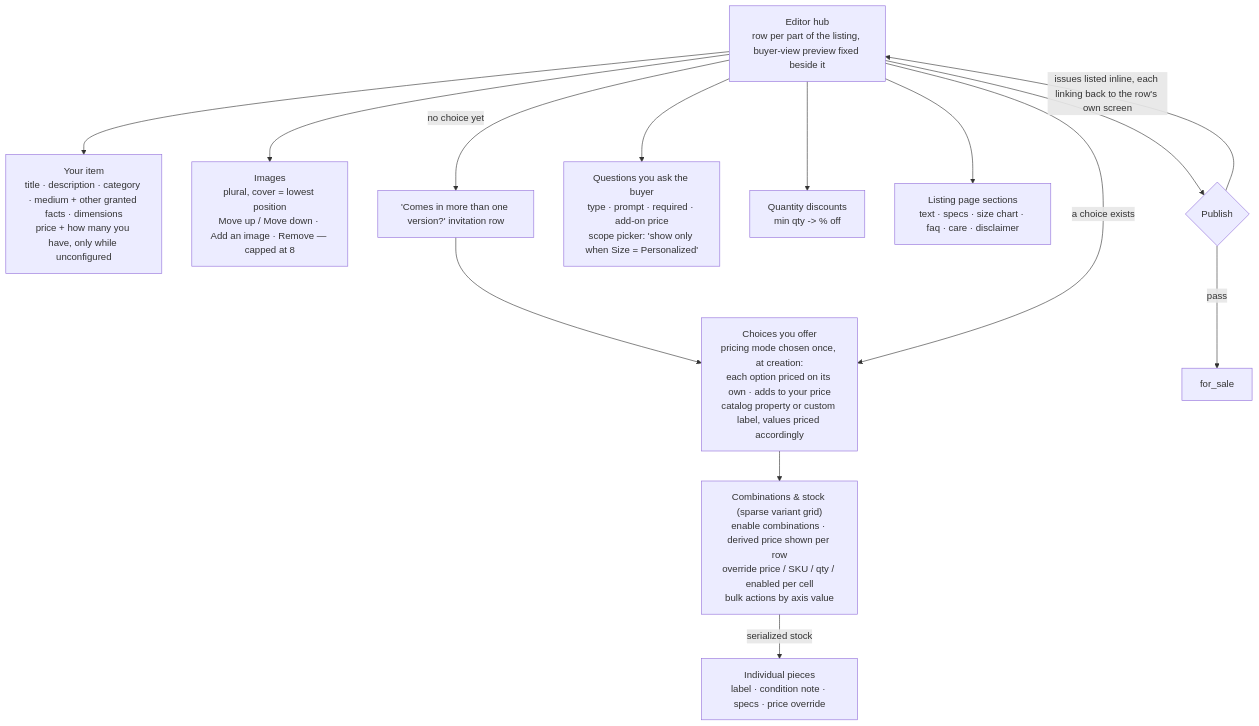
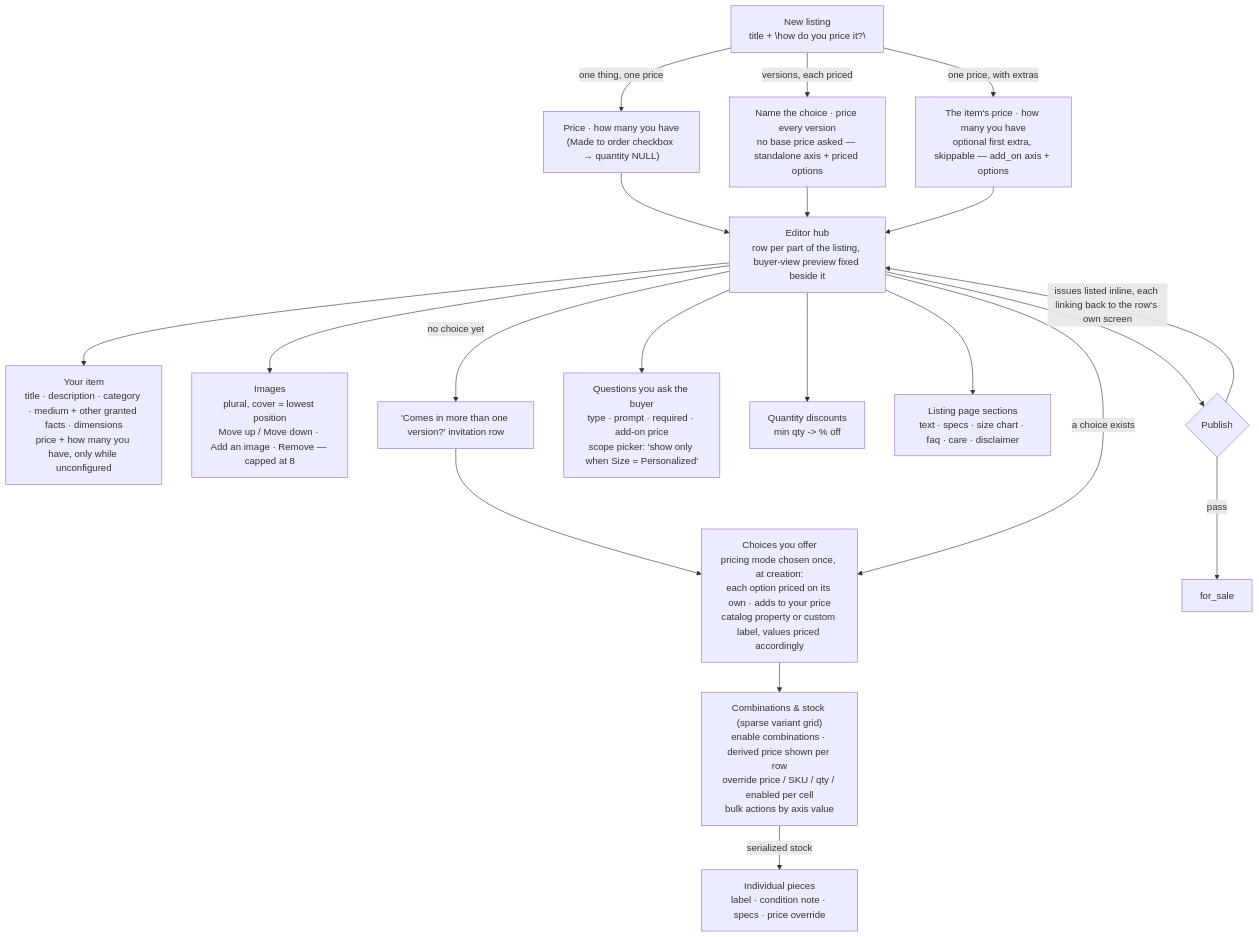
One commit to jonathan-beebe/art-store changed the fifth of 6 diagrams in prototype/php/docs/item-configurator.md. Above: the diagram before and after it, drawn with Mermaid. The commit also changed other lines of this file and 43 other files, not shown here.

````diff
--- a/prototype/php/docs/item-configurator.md
+++ b/prototype/php/docs/item-configurator.md
@@ -413,17 +430,24 @@
 ```mermaid
 flowchart TD
+    Create["New listing\ntitle + \"how do you price it?\""]
+    Create -- "one thing, one price" --> LandOne["Price · how many you have\n(Made to order checkbox → quantity NULL)"]
+    Create -- "versions, each priced" --> LandVersions["Name the choice · price every version\nno base price asked — standalone axis + priced options"]
+    Create -- "one price, with extras" --> LandExtras["The item's price · how many you have\noptional first extra, skippable — add_on axis + options"]
+    LandOne --> Hub
+    LandVersions --> Hub
+    LandExtras --> Hub
     Hub["Editor hub\nrow per part of the listing, buyer-view preview fixed beside it"]
     Hub --> Basics["Your item\ntitle · description · category · medium + other granted facts · dimensions\nprice + how many you have, only while unconfigured"]
     Hub --> Images["Images\nplural, cover = lowest position\nMove up / Move down · Add an image · Remove — capped at 8"]
     Hub -- "no choice yet" --> Invite["'Comes in more than one version?' invitation row"]
     Invite --> Choices
     Hub -- "a choice exists" --> Choices["Choices you offer\npricing mode chosen once, at creation:\neach option priced on its own · adds to your price\ncatalog property or custom label, values priced accordingly"]
     Choices --> Variants["Combinations & stock (sparse variant grid)\nenable combinations · derived price shown per row\noverride price / SKU / qty / enabled per cell\nbulk actions by axis value"]
     Variants -- "serialized stock" --> Units["Individual pieces\nlabel · condition note · specs · price override"]
     Hub --> Modifiers["Questions you ask the buyer\ntype · prompt · required · add-on price\nscope picker: 'show only when Size = Personalized'"]
     Hub --> Discounts["Quantity discounts\nmin qty -> % off"]
     Hub --> Sections["Listing page sections\ntext · specs · size chart · faq · care · disclaimer"]
     Hub --> Publish{Publish}
     Publish -- "issues listed inline, each linking back to the row's own screen" --> Hub
     Publish -- pass --> ForSale["for_sale"]
 ```
````
